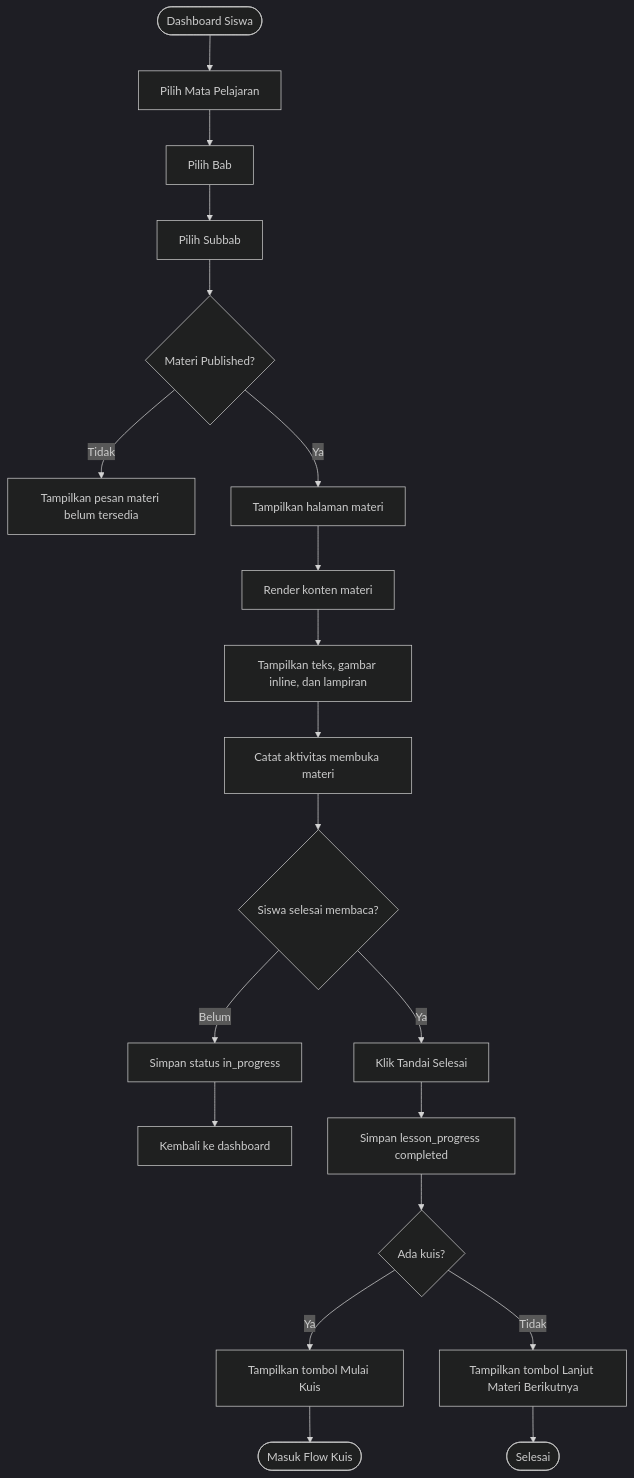
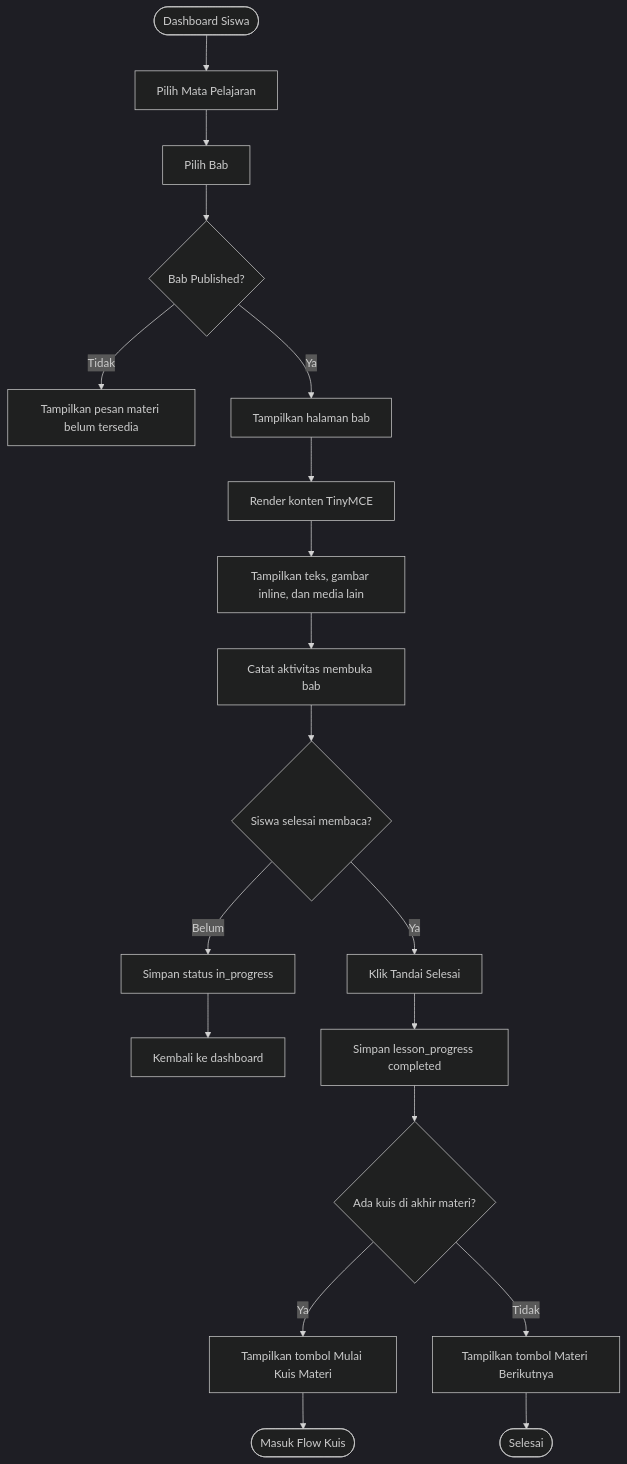
One commit to yopihendriansah90/weblmsgeo changed the second of 6 diagrams in prd2.MD. Above: the diagram before and after it, drawn with Mermaid (dark theme). The commit also changed other lines of this file and 61 other files, not shown here.

Commit message:
update materi siswa

````diff
--- a/prd2.MD
+++ b/prd2.MD
@@ -1592,22 +1581,21 @@
 ```mermaid
 flowchart TD
     A([Dashboard Siswa]) --> B[Pilih Mata Pelajaran]
     B --> C[Pilih Bab]
-    C --> D[Pilih Subbab]
-    D --> E{Materi Published?}
-    E -- Tidak --> F[Tampilkan pesan materi belum tersedia]
-    E -- Ya --> G[Tampilkan halaman materi]
-    G --> H[Render konten materi]
-    H --> I[Tampilkan teks, gambar inline, dan lampiran]
-    I --> J[Catat aktivitas membuka materi]
-    J --> K{Siswa selesai membaca?}
-    K -- Belum --> L[Simpan status in_progress]
-    L --> M[Kembali ke dashboard]
-    K -- Ya --> N[Klik Tandai Selesai]
-    N --> O[Simpan lesson_progress completed]
-    O --> P{Ada kuis?}
-    P -- Ya --> Q[Tampilkan tombol Mulai Kuis]
-    P -- Tidak --> R[Tampilkan tombol Lanjut Materi Berikutnya]
-    Q --> S([Masuk Flow Kuis])
-    R --> T([Selesai])
+    C --> D{Bab Published?}
+    D -- Tidak --> E[Tampilkan pesan materi belum tersedia]
+    D -- Ya --> F[Tampilkan halaman bab]
+    F --> G[Render konten TinyMCE]
+    G --> H[Tampilkan teks, gambar inline, dan media lain]
+    H --> I[Catat aktivitas membuka bab]
+    I --> J{Siswa selesai membaca?}
+    J -- Belum --> K[Simpan status in_progress]
+    K --> L[Kembali ke dashboard]
+    J -- Ya --> M[Klik Tandai Selesai]
+    M --> N[Simpan lesson_progress completed]
+    N --> O{Ada kuis di akhir materi?}
+    O -- Ya --> P[Tampilkan tombol Mulai Kuis Materi]
+    O -- Tidak --> Q[Tampilkan tombol Materi Berikutnya]
+    P --> R([Masuk Flow Kuis])
+    Q --> S([Selesai])
 ```
````
